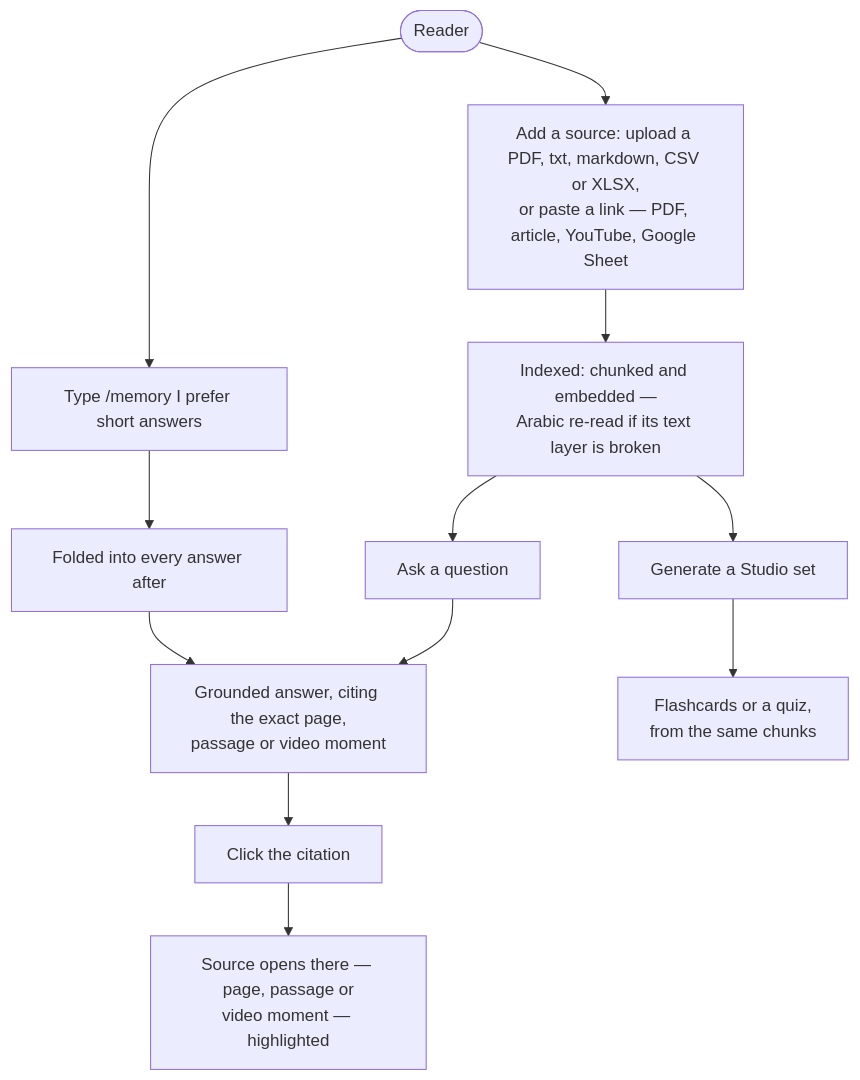
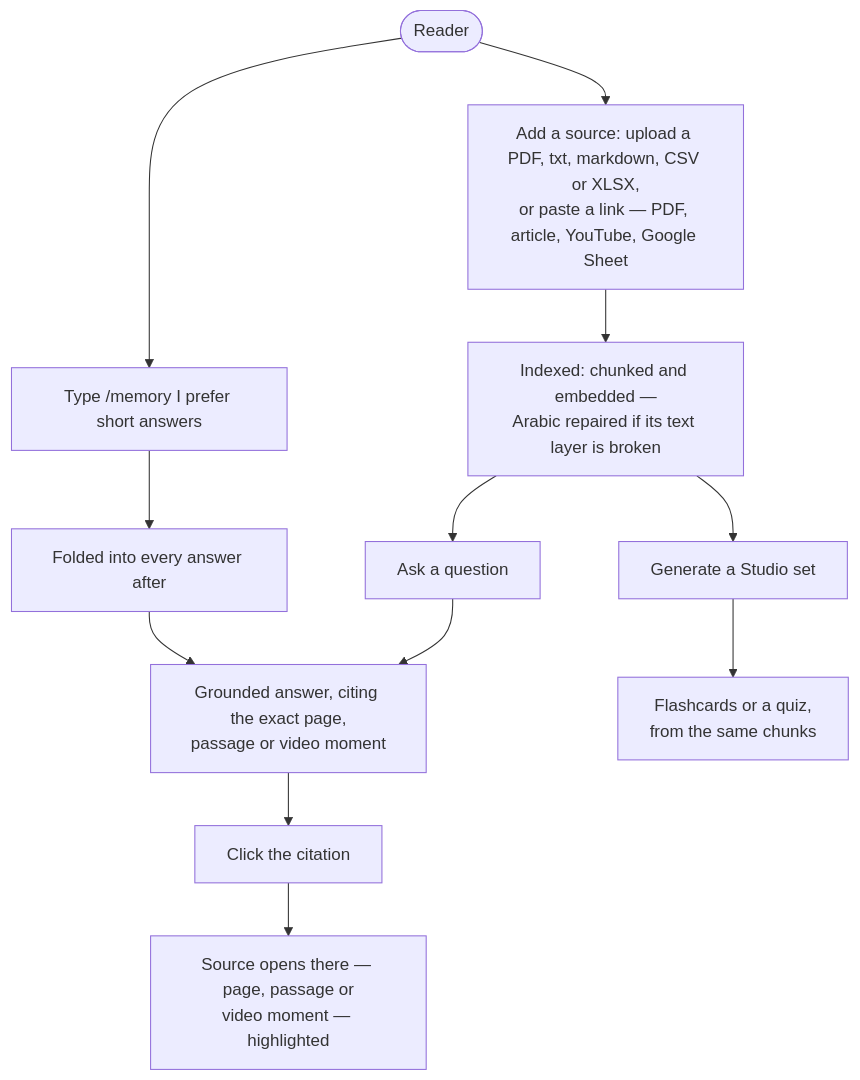
One commit to omarTBakr/notebookllm-minus changed the diagram in README.md. Above: the diagram before and after it, drawn with Mermaid. The commit also changed other lines of this file and 3 other files, not shown here.

````diff
--- a/README.md
+++ b/README.md
@@ -73,19 +53,19 @@
 ```mermaid
 flowchart TD
     reader(["Reader"])
     upload["Add a source: upload a PDF, txt, markdown, CSV or XLSX,<br/>or paste a link — PDF, article, YouTube, Google Sheet"]
-    index["Indexed: chunked and embedded —<br/>Arabic re-read if its text layer is broken"]
+    index["Indexed: chunked and embedded —<br/>Arabic repaired if its text layer is broken"]
     ask["Ask a question"]
     answer["Grounded answer, citing the exact page,<br/>passage or video moment"]
     cite["Click the citation"]
     open["Source opens there — page, passage or<br/>video moment — highlighted"]
     studio["Generate a Studio set"]
     cards["Flashcards or a quiz,<br/>from the same chunks"]
     memory["Type /memory I prefer short answers"]
     remember["Folded into every answer after"]
 
     reader --> upload --> index
     index --> ask --> answer --> cite --> open
     index --> studio --> cards
     reader --> memory --> remember --> answer
 ```
````
